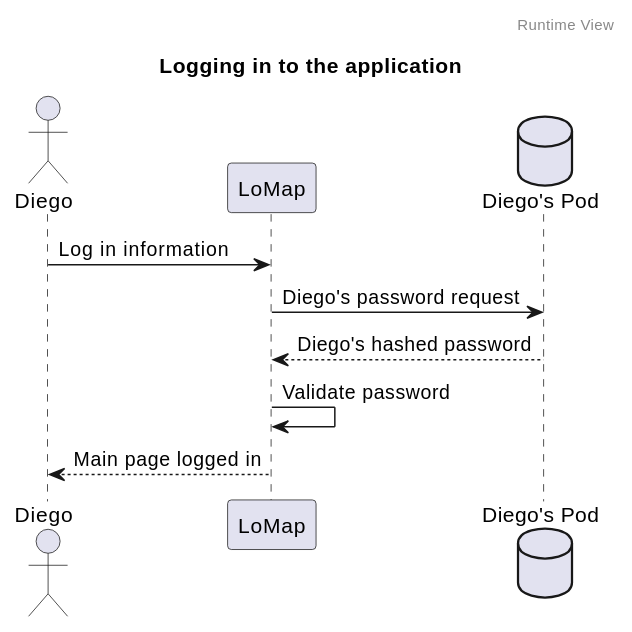
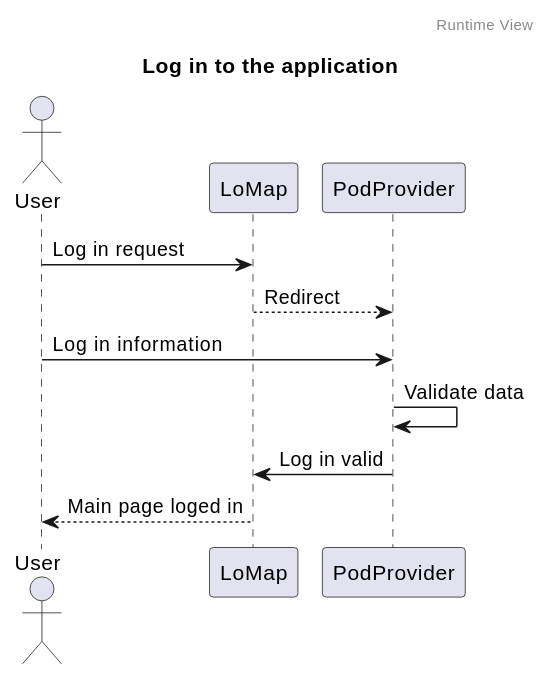
Before and after one commit to Arquisoft/lomap_en2b: the first of 3 diagrams in docs/06_runtime_view.adoc, drawn with PlantUML. The commit also changed other lines of this file, not shown here.

Commit message:
Updated the log in diagram and fixed typos

```diff
--- a/docs/06_runtime_view.adoc
+++ b/docs/06_runtime_view.adoc
@@ -10,17 +10,20 @@
-[plantuml,"SequenceDiagramLogging",png]
+[plantuml,"SequenceDiagramLogin",png]
 ----
 @startuml
 header Runtime View
-title Logging in to the application
+title Log in to the application
 
-actor Diego
+actor User
 participant LoMap
-database Pod as "Diego's Pod"
+participant PodProvider
 
-Diego -> LoMap: Log in information
-LoMap -> Pod: Diego's password request
-Pod --> LoMap: Diego's hashed password
-LoMap -> LoMap: Validate password
-LoMap --> Diego: Main page logged in
+User -> LoMap: Log in request
+LoMap --> PodProvider: Redirect
+
+User -> PodProvider: Log in information
+PodProvider -> PodProvider: Validate data
+PodProvider -> LoMap: Log in valid
+
+LoMap --> User: Main page loged in
 @enduml
 ----
```
